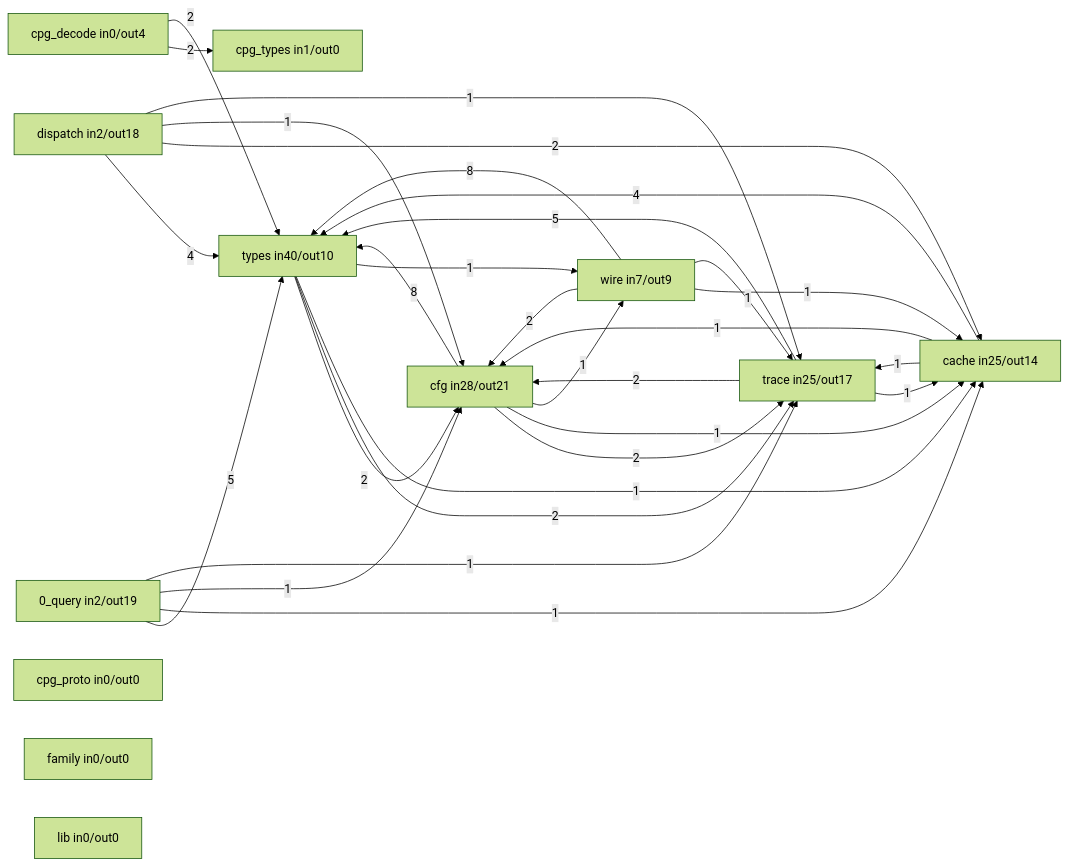
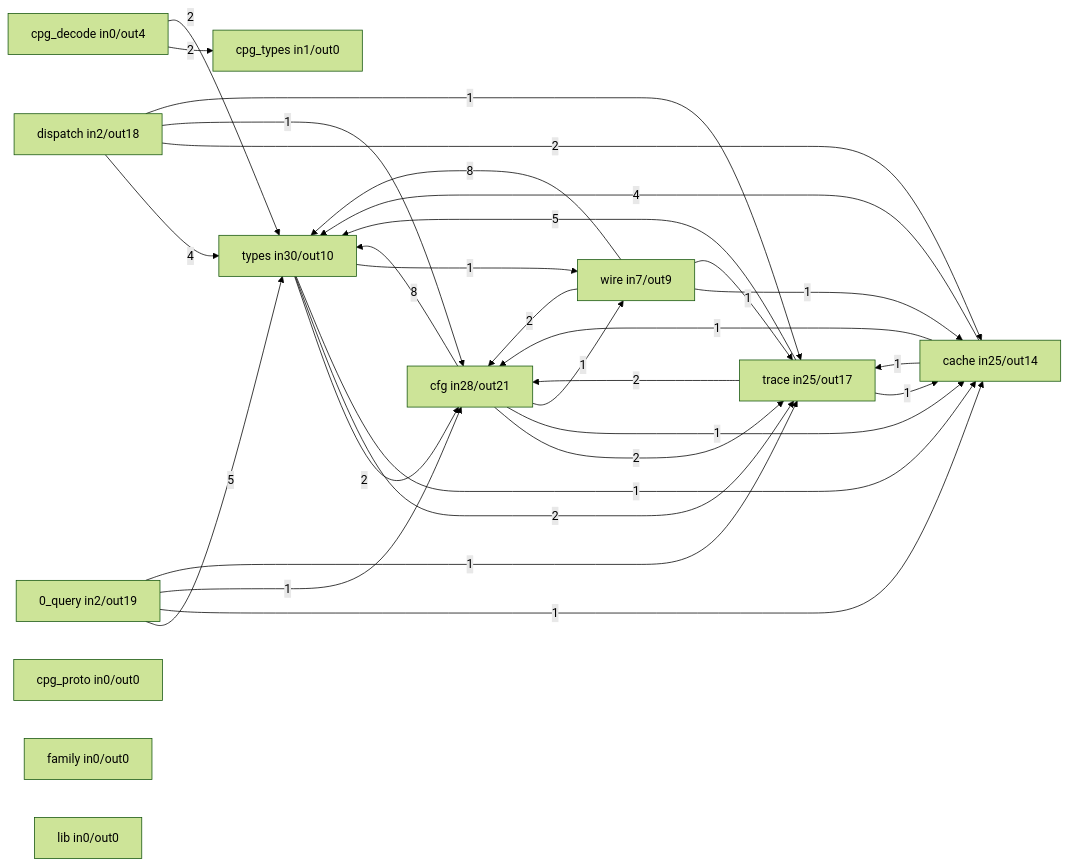
The second of 5 diagrams in docs/selfdoc/extract.md (hafley66/sprefa), drawn with Mermaid (forest theme) before and after one commit. The commit also changed other lines of this file and 63 other files, not shown here.

````diff
--- a/docs/selfdoc/extract.md
+++ b/docs/selfdoc/extract.md
@@ -71,43 +71,43 @@
 ```mermaid
 flowchart LR
-  n1["types  in40/out10"]
+  n1["types  in30/out10"]
   n2["cfg  in28/out21"]
   n3["trace  in25/out17"]
   n4["cache  in25/out14"]
   n5["wire  in7/out9"]
   n6["0_query  in2/out19"]
   n7["dispatch  in2/out18"]
   n8["cpg_types  in1/out0"]
   n9["cpg_decode  in0/out4"]
   n10["cpg_proto  in0/out0"]
   n11["family  in0/out0"]
   n12["lib  in0/out0"]
   n2 -->|8| n1
   n5 -->|8| n1
   n6 -->|5| n1
   n3 -->|5| n1
   n4 -->|4| n1
   n7 -->|4| n1
   n2 -->|2| n3
   n9 -->|2| n8
   n9 -->|2| n1
   n7 -->|2| n4
   n3 -->|2| n2
   n1 -->|2| n2
   n1 -->|2| n3
   n5 -->|2| n2
   n6 -->|1| n4
   n6 -->|1| n2
   n6 -->|1| n3
   n4 -->|1| n2
   n4 -->|1| n3
   n2 -->|1| n4
   n2 -->|1| n5
   n7 -->|1| n2
   n7 -->|1| n3
   n3 -->|1| n4
   n1 -->|1| n4
   n1 -->|1| n5
   n5 -->|1| n4
   n5 -->|1| n3
 ```
````
